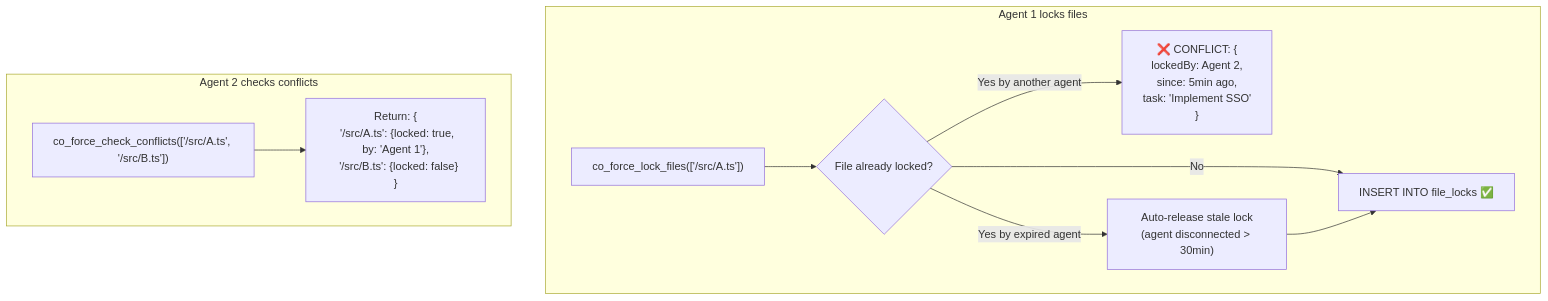
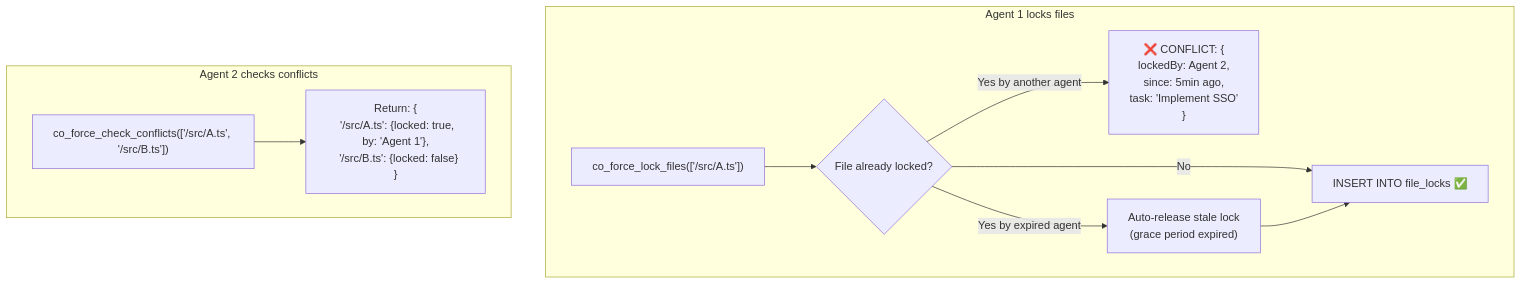
One commit to hiimtrung/co-force changed diagram 13 of 29 in docs/URD.md. Above: the diagram before and after it, drawn with Mermaid. The commit also changed other lines of this file and 17 other files, not shown here.

````diff
--- a/docs/URD.md
+++ b/docs/URD.md
@@ -879,16 +797,16 @@
 ```mermaid
 flowchart TD
     subgraph "Agent 1 locks files"
         A1["co_force_lock_files(['/src/A.ts'])"]
         A1 --> Check1{File already locked?}
         Check1 -->|No| Lock1["INSERT INTO file_locks ✅"]
-        Check1 -->|Yes by another agent| Conflict1["❌ CONFLICT: {<br/>lockedBy: Agent 2,<br/>since: 5min ago,<br/>task: 'Implement SSO'<br/>}"]
-        Check1 -->|Yes by expired agent| AutoRelease["Auto-release stale lock<br/>(agent disconnected > 30min)"]
+        Check1 -->|Yes by another agent| Conflict1["❌ CONFLICT: {<br/>lockedBy: Agent 2,<br/>since: 5min ago,<br/>task: 'Implement SSO'<br>}"]
+        Check1 -->|Yes by expired agent| AutoRelease["Auto-release stale lock<br/>(grace period expired)"]
         AutoRelease --> Lock1
     end
 
     subgraph "Agent 2 checks conflicts"
         A2["co_force_check_conflicts(['/src/A.ts', '/src/B.ts'])"]
-        A2 --> Result["Return: {<br/>  '/src/A.ts': {locked: true, by: 'Agent 1'},<br/>  '/src/B.ts': {locked: false}<br/>}"]
+        A2 --> Result["Return: {<br/>  '/src/A.ts': {locked: true, by: 'Agent 1'},<br/>  '/src/B.ts': {locked: false}<br>}"]
     end
 ```
````
